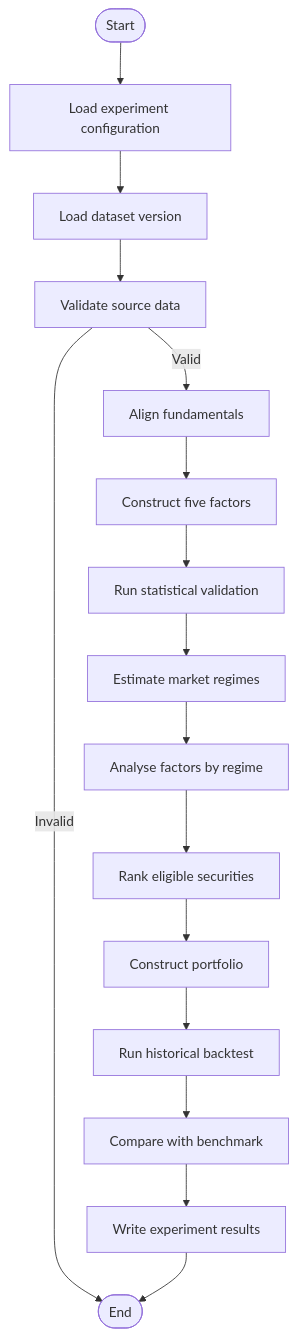
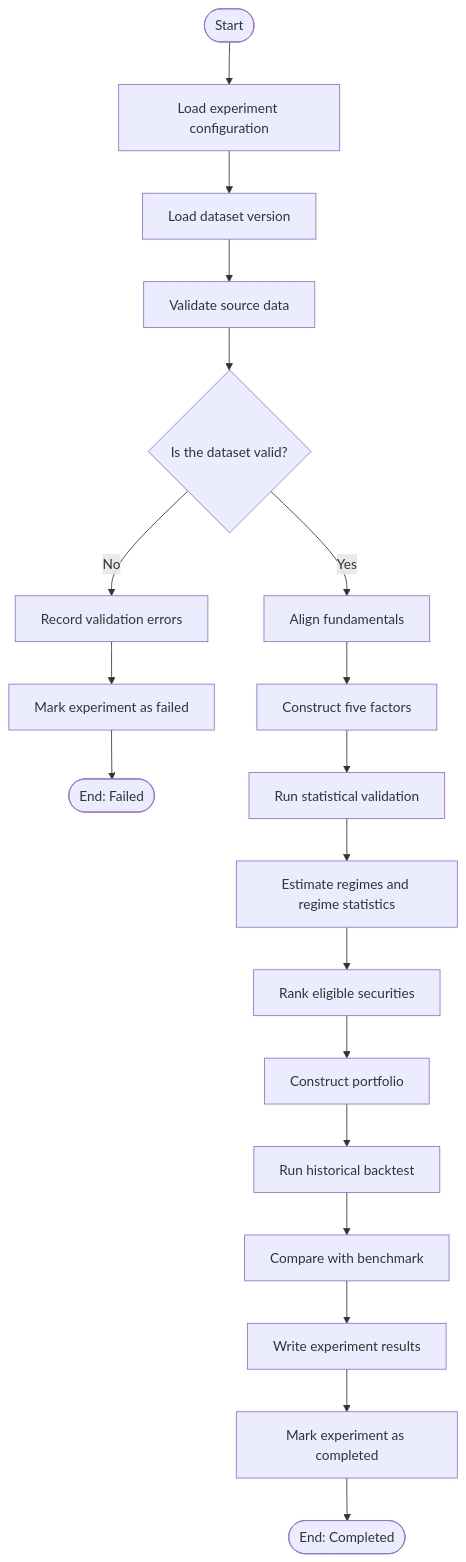
Before and after one commit to thetruesammyjay/factorgraph-ngx: the second of 3 diagrams in documentation/CHAPTER-THREE.md, drawn with Mermaid. The commit also changed other lines of this file and 9 other files, not shown here.

Commit message:
Update project documentation and research diagrams

```diff
--- a/documentation/CHAPTER-THREE.md
+++ b/documentation/CHAPTER-THREE.md
@@ -198,22 +211,26 @@
 ~~~mermaid
 flowchart TD
     S([Start])
     C[Load experiment configuration]
     D[Load dataset version]
     V[Validate source data]
+    Q{Is the dataset valid?}
+    X[Record validation errors]
+    Z[Mark experiment as failed]
+    EF([End: Failed])
     A[Align fundamentals]
     F[Construct five factors]
     T[Run statistical validation]
-    H[Estimate market regimes]
-    R[Analyse factors by regime]
+    H[Estimate regimes and regime statistics]
     K[Rank eligible securities]
     P[Construct portfolio]
     B[Run historical backtest]
     N[Compare with benchmark]
     W[Write experiment results]
-    E([End])
-    S --> C --> D --> V
-    V -->|Valid| A
-    V -->|Invalid| E
-    A --> F --> T --> H --> R --> K --> P --> B --> N --> W --> E
+    U[Mark experiment as completed]
+    EC([End: Completed])
+
+    S --> C --> D --> V --> Q
+    Q -->|No| X --> Z --> EF
+    Q -->|Yes| A --> F --> T --> H --> K --> P --> B --> N --> W --> U --> EC
 ~~~
```
